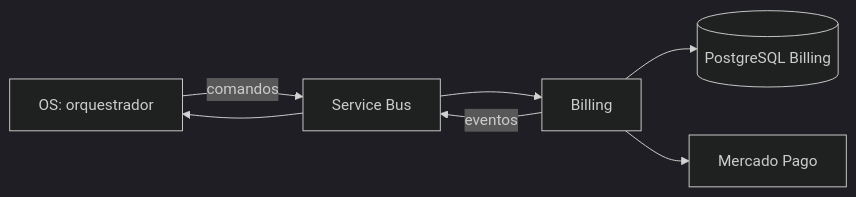
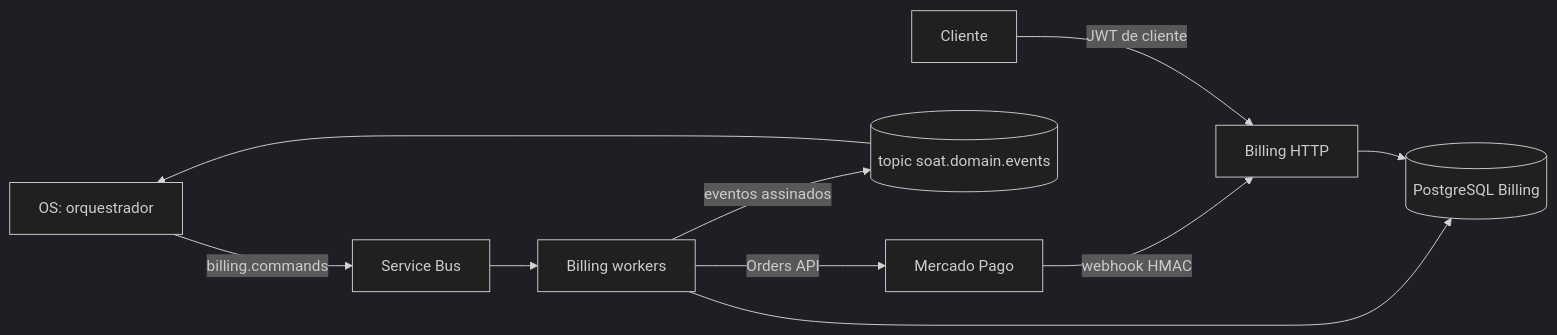
The diagram in README.md (JoaoGW/soat-billing-service), drawn with Mermaid (dark theme) before and after one commit. The commit also changed other lines of this file, not shown here.

````diff
--- a/README.md
+++ b/README.md
@@ -25,9 +18,12 @@
 ```mermaid
 flowchart LR
-  OS[OS: orquestrador] -->|comandos| Broker[Service Bus]
-  Broker --> Billing[Billing]
-  Billing --> SQL[(PostgreSQL Billing)]
-  Billing --> MP[Mercado Pago]
-  Billing -->|eventos| Broker
-  Broker --> OS
+  Cliente[Cliente] -->|JWT de cliente| API[Billing HTTP]
+  OS[OS: orquestrador] -->|billing.commands| Bus[Service Bus]
+  Bus --> Worker[Billing workers]
+  API --> SQL[(PostgreSQL Billing)]
+  Worker --> SQL
+  Worker -->|Orders API| MP[Mercado Pago]
+  MP -->|webhook HMAC| API
+  Worker -->|eventos assinados| Topic[(topic soat.domain.events)]
+  Topic --> OS
 ```
````
